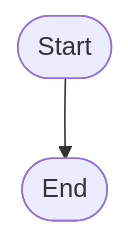
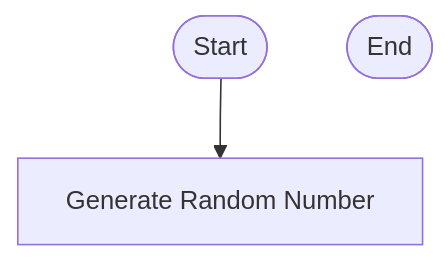
One commit to jdmcmahon03/jdmcmahon03.github.io changed the diagram in Guessing.md. Above: the diagram before and after it, drawn with Mermaid.

````diff
--- a/Guessing.md
+++ b/Guessing.md
@@ -1,4 +1,8 @@
 ```mermaid
 flowchart TD
-Start([Start]) --> End([End])
+Start([Start]) --> GenerateRandomNumber[Generate Random Number]
+
+
+
+ End([End])
 ```
````
